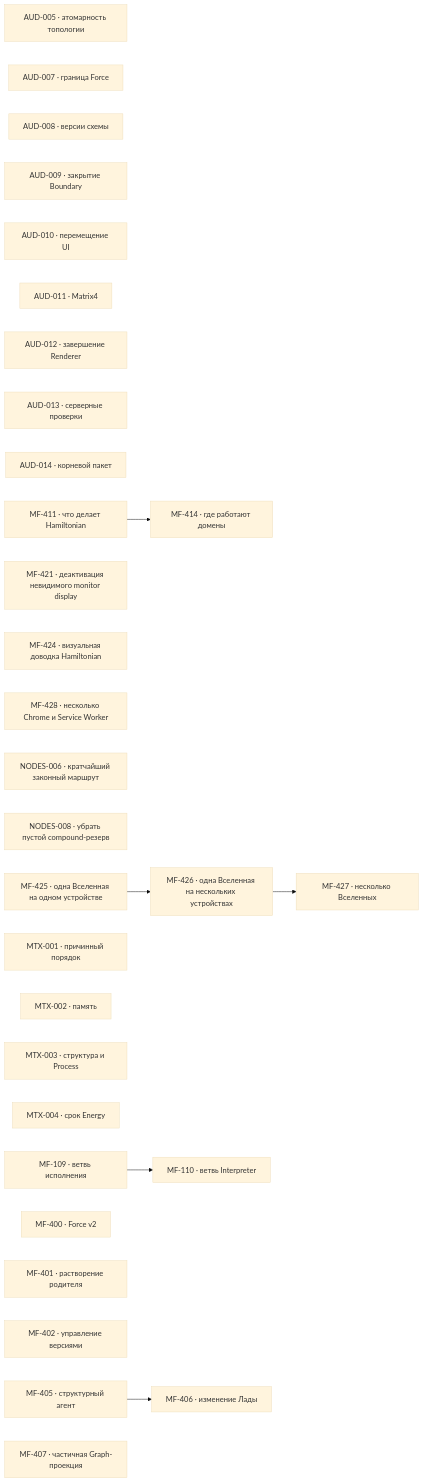
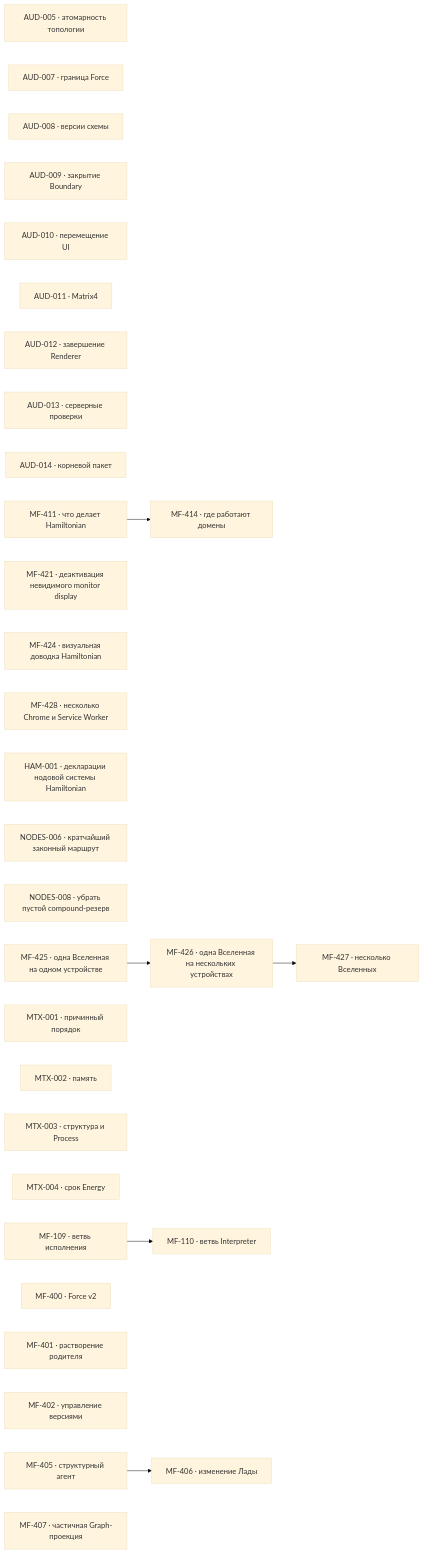
One commit to zavx0z/metafor changed the diagram in project/TODO.md. Above: the diagram before and after it, drawn with Mermaid (base theme). The commit also changed other lines of this file and 7 other files, not shown here.

````diff
--- a/project/TODO.md
+++ b/project/TODO.md
@@ -13,39 +13,40 @@
 ```mermaid
 flowchart LR
     AUD005["AUD-005 · атомарность топологии"]
     AUD007["AUD-007 · граница Force"]
     AUD008["AUD-008 · версии схемы"]
     AUD009["AUD-009 · закрытие Boundary"]
     AUD010["AUD-010 · перемещение UI"]
     AUD011["AUD-011 · Matrix4"]
     AUD012["AUD-012 · завершение Renderer"]
     AUD013["AUD-013 · серверные проверки"]
     AUD014["AUD-014 · корневой пакет"]
     MF411["MF-411 · что делает Hamiltonian"]
     MF414["MF-414 · где работают домены"]
     MF421["MF-421 · деактивация невидимого monitor display"]
     MF424["MF-424 · визуальная доводка Hamiltonian"]
     MF428["MF-428 · несколько Chrome и Service Worker"]
+    HAM001["HAM-001 · декларации нодовой системы Hamiltonian"]
     NODES006["NODES-006 · кратчайший законный маршрут"]
     NODES008["NODES-008 · убрать пустой compound-резерв"]
     MF425["MF-425 · одна Вселенная на одном устройстве"]
     MF426["MF-426 · одна Вселенная на нескольких устройствах"]
     MF427["MF-427 · несколько Вселенных"]
     MTX001["MTX-001 · причинный порядок"]
     MTX002["MTX-002 · память"]
     MTX003["MTX-003 · структура и Process"]
     MTX004["MTX-004 · срок Energy"]
     MF109["MF-109 · ветвь исполнения"]
     MF110["MF-110 · ветвь Interpreter"]
     MF400["MF-400 · Force v2"]
     MF401["MF-401 · растворение родителя"]
     MF402["MF-402 · управление версиями"]
     MF405["MF-405 · структурный агент"]
     MF406["MF-406 · изменение Лады"]
     MF407["MF-407 · частичная Graph-проекция"]
     MF109 --> MF110
     MF405 --> MF406
     MF411 --> MF414
     MF425 --> MF426
     MF426 --> MF427
 ```
````
